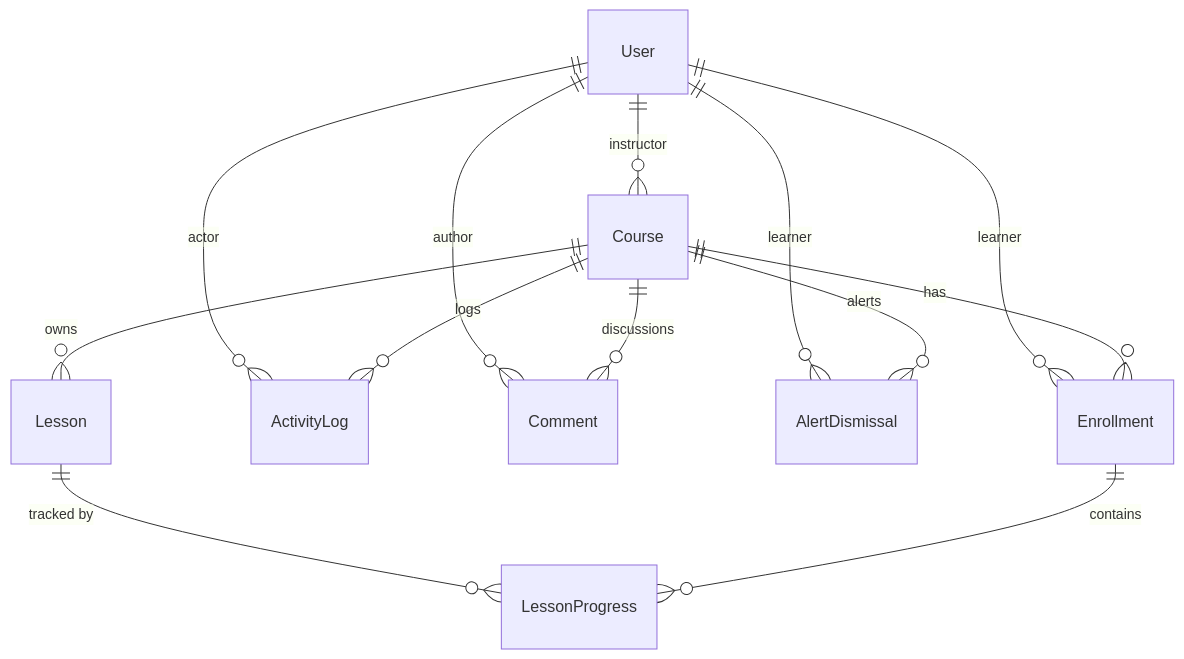
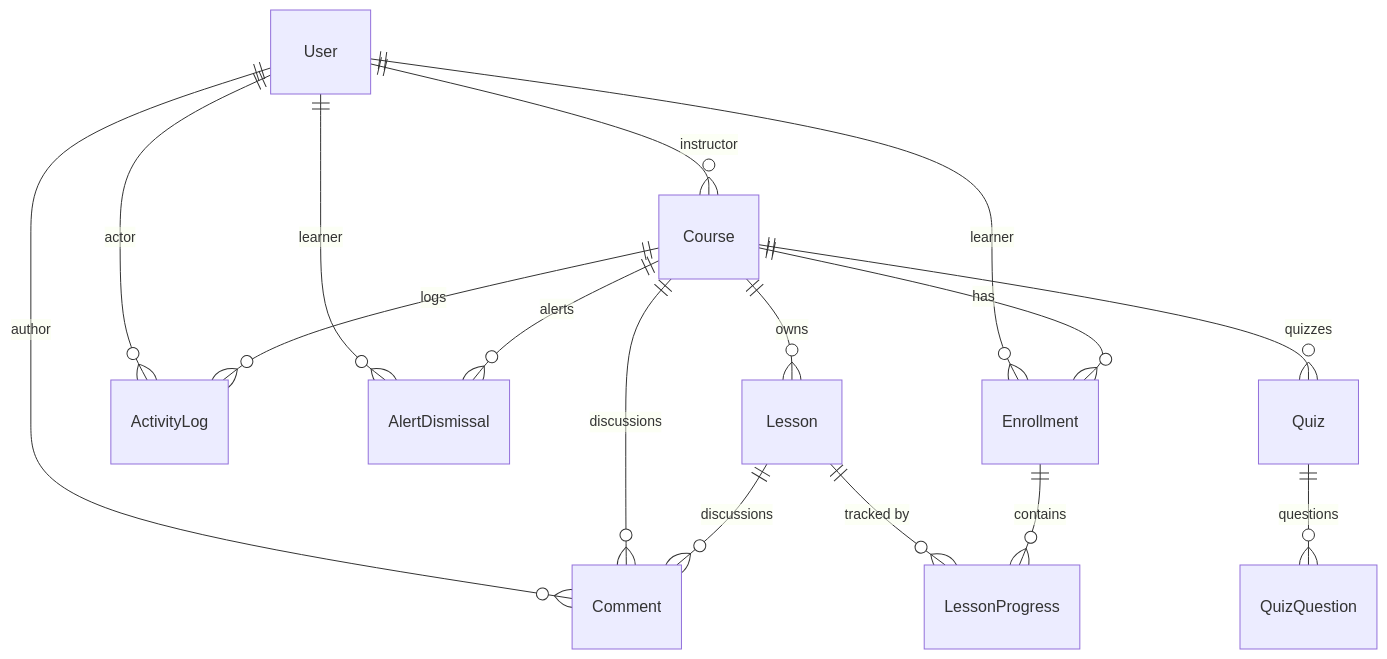
One commit to KartevSumit/Busy_Training_Portal changed the diagram in docs/schema.md. Above: the diagram before and after it, drawn with Mermaid. The commit also changed other lines of this file and 28 other files, not shown here.

Commit message:
feat: add quizzes, discussions, and resource links

````diff
--- a/docs/schema.md
+++ b/docs/schema.md
@@ -171,17 +202,20 @@
 ```mermaid
 erDiagram
     User ||--o{ Course : "instructor"
     User ||--o{ Enrollment : "learner"
     User ||--o{ ActivityLog : "actor"
     User ||--o{ Comment : "author"
     User ||--o{ AlertDismissal : "learner"
 
     Course ||--o{ Lesson : "owns"
     Course ||--o{ Enrollment : "has"
     Course ||--o{ ActivityLog : "logs"
     Course ||--o{ Comment : "discussions"
+    Course ||--o{ Quiz : "quizzes"
+    Quiz ||--o{ QuizQuestion : "questions"
+    Lesson ||--o{ Comment : "discussions"
     Course ||--o{ AlertDismissal : "alerts"
 
     Lesson ||--o{ LessonProgress : "tracked by"
     Enrollment ||--o{ LessonProgress : "contains"
 ```
````
